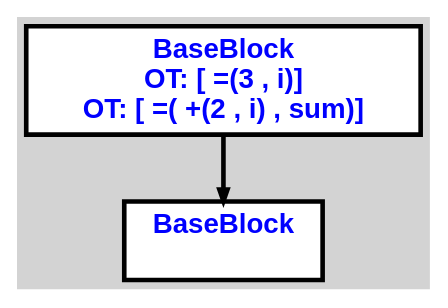
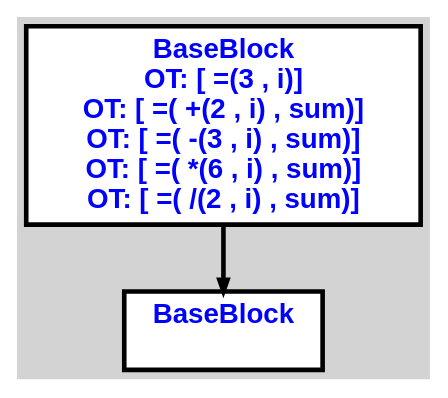
One commit to aveen007/CountingMonkeys changed the diagram in cpoCompilerWin/input2.txt.calculator.dot. Above: the diagram before and after it, drawn with Graphviz. The commit also changed 10 other files, not shown here.

```diff
--- a/cpoCompilerWin/input2.txt.calculator.dot
+++ b/cpoCompilerWin/input2.txt.calculator.dot
@@ -1,12 +1,15 @@
 digraph G {
 ordering=out;
 ranksep=.4;
 bgcolor="lightgrey";  node [shape=box, fixedsize=false, fontsize=12, fontname="Helvetica-bold", fontcolor="blue"
 width=.25, height=.25, color="black", fillcolor="white", style="filled, solid, bold"];
 
-edge [arrowsize=.5, color="black", style="bold"]    n000011C984FA13A0 [label="BaseBlock\n OT: [ =(3 , i)]
+edge [arrowsize=.5, color="black", style="bold"]    n000011D15C021460 [label="BaseBlock\n OT: [ =(3 , i)]
 OT: [ =( +(2 , i) , sum)]
+OT: [ =( -(3 , i) , sum)]
+OT: [ =( *(6 , i) , sum)]
+OT: [ =( /(2 , i) , sum)]
 "]
-    n000011C984FA1400 [label="BaseBlock\n "]
-    n000011C984FA13A0 -> n000011C984FA1400
+    n000011D15C0214C0 [label="BaseBlock\n "]
+    n000011D15C021460 -> n000011D15C0214C0
 }
```
